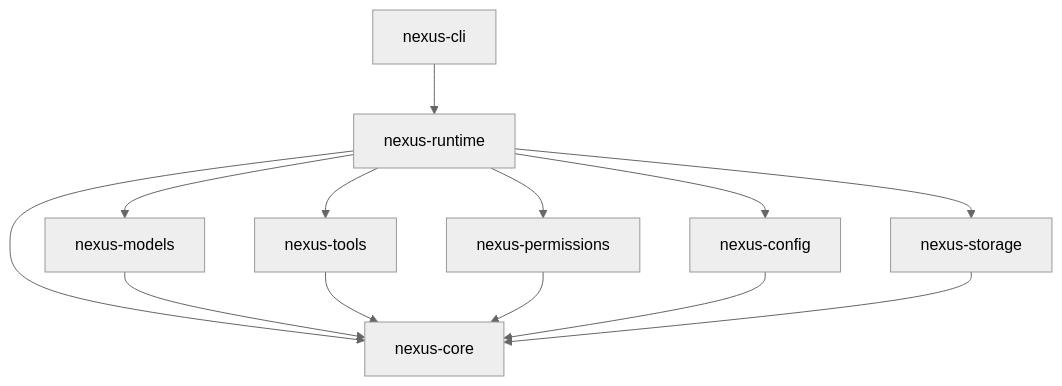
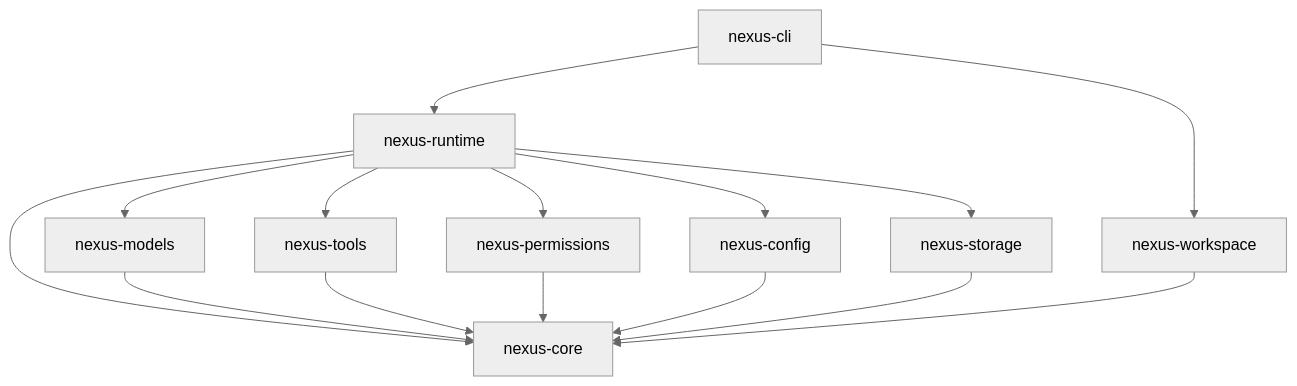
One commit to timothynn/Nexus changed the third of 4 diagrams in README.md. Above: the diagram before and after it, drawn with Mermaid (neutral theme). The commit also changed other lines of this file, not shown here.

````diff
--- a/README.md
+++ b/README.md
@@ -134,16 +213,18 @@
 ```mermaid
 flowchart TD
     CLI[nexus-cli] --> RT[nexus-runtime]
+    CLI --> WS[nexus-workspace]
     RT --> CORE[nexus-core]
     RT --> MODELS[nexus-models]
     RT --> TOOLS[nexus-tools]
     RT --> PERMS[nexus-permissions]
     RT --> CONFIG[nexus-config]
     RT --> STORAGE[nexus-storage]
 
     MODELS --> CORE
     TOOLS --> CORE
     PERMS --> CORE
     CONFIG --> CORE
     STORAGE --> CORE
+    WS --> CORE
 ```
````
